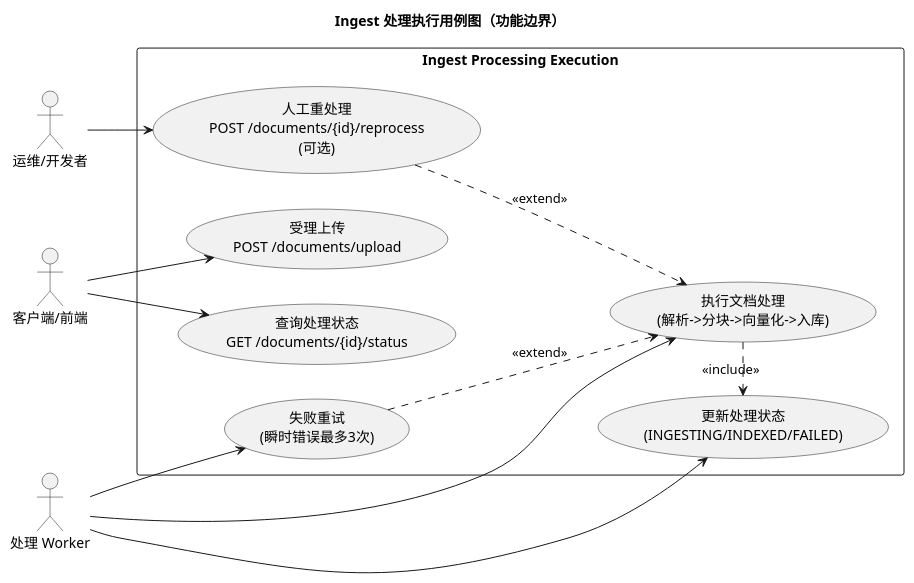
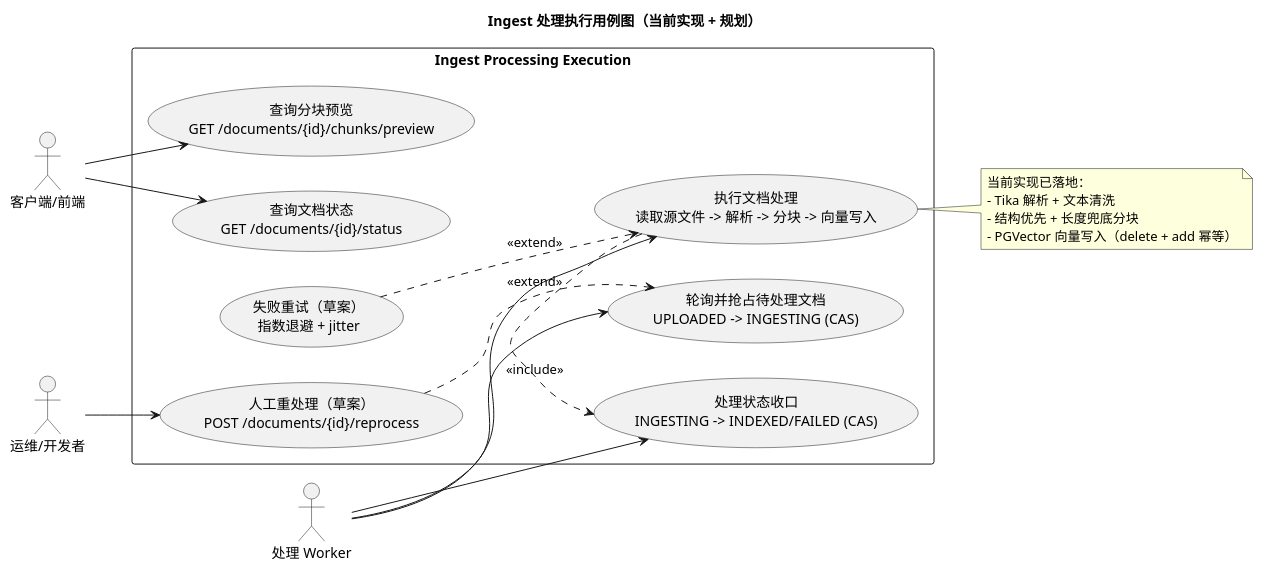
One commit to pop1414/my-AI changed the diagram in docs/architecture/diagrams/ingest/ingest-processing-execution-usecase.puml. Above: the diagram before and after it, drawn with PlantUML. The commit also changed 19 other files, not shown here.

```diff
--- a/docs/architecture/diagrams/ingest/ingest-processing-execution-usecase.puml
+++ b/docs/architecture/diagrams/ingest/ingest-processing-execution-usecase.puml
@@ -1,32 +1,40 @@
 @startuml
-title Ingest 处理执行用例图（功能边界）
+title Ingest 处理执行用例图（当前实现 + 规划）
 
 left to right direction
 skinparam shadowing false
 skinparam packageStyle rectangle
 
 actor "客户端/前端" as Client
 actor "处理 Worker" as Worker
 actor "运维/开发者" as Ops
 
 rectangle "Ingest Processing Execution" {
-  usecase "受理上传\nPOST /documents/upload" as UC_Accept
-  usecase "查询处理状态\nGET /documents/{id}/status" as UC_Status
-  usecase "执行文档处理\n(解析->分块->向量化->入库)" as UC_Process
-  usecase "更新处理状态\n(INGESTING/INDEXED/FAILED)" as UC_UpdateStatus
-  usecase "失败重试\n(瞬时错误最多3次)" as UC_Retry
-  usecase "人工重处理\nPOST /documents/{id}/reprocess\n(可选)" as UC_Reprocess
+  usecase "轮询并抢占待处理文档\nUPLOADED -> INGESTING (CAS)" as UC_Claim
+  usecase "执行文档处理\n读取源文件 -> 解析 -> 分块 -> 向量写入" as UC_Process
+  usecase "处理状态收口\nINGESTING -> INDEXED/FAILED (CAS)" as UC_Close
+  usecase "查询文档状态\nGET /documents/{id}/status" as UC_Status
+  usecase "查询分块预览\nGET /documents/{id}/chunks/preview" as UC_Preview
+  usecase "失败重试（草案）\n指数退避 + jitter" as UC_Retry
+  usecase "人工重处理（草案）\nPOST /documents/{id}/reprocess" as UC_Reprocess
 }
 
-Client --> UC_Accept
+Worker --> UC_Claim
+Worker --> UC_Process
+Worker --> UC_Close
 Client --> UC_Status
-Worker --> UC_Process
-Worker --> UC_UpdateStatus
-Worker --> UC_Retry
+Client --> UC_Preview
 Ops --> UC_Reprocess
 
-UC_Process .> UC_UpdateStatus : <<include>>
+UC_Process .> UC_Close : <<include>>
 UC_Retry ..> UC_Process : <<extend>>
-UC_Reprocess ..> UC_Process : <<extend>>
+UC_Reprocess ..> UC_Claim : <<extend>>
+
+note right of UC_Process
+当前实现已落地：
+- Tika 解析 + 文本清洗
+- 结构优先 + 长度兜底分块
+- PGVector 向量写入（delete + add 幂等）
+end note
 
 @enduml
```
